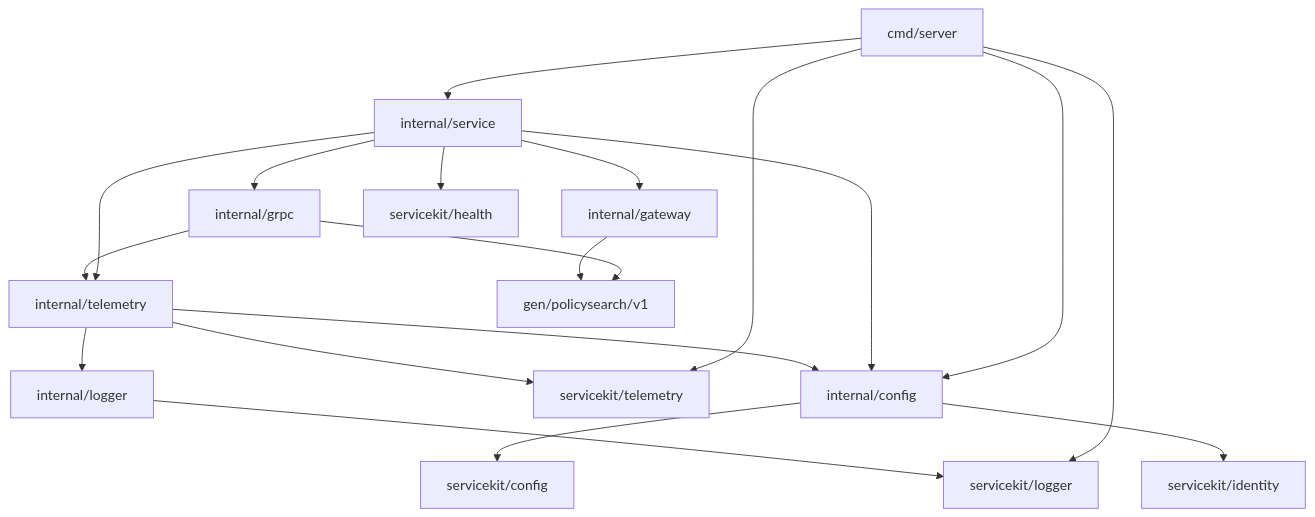
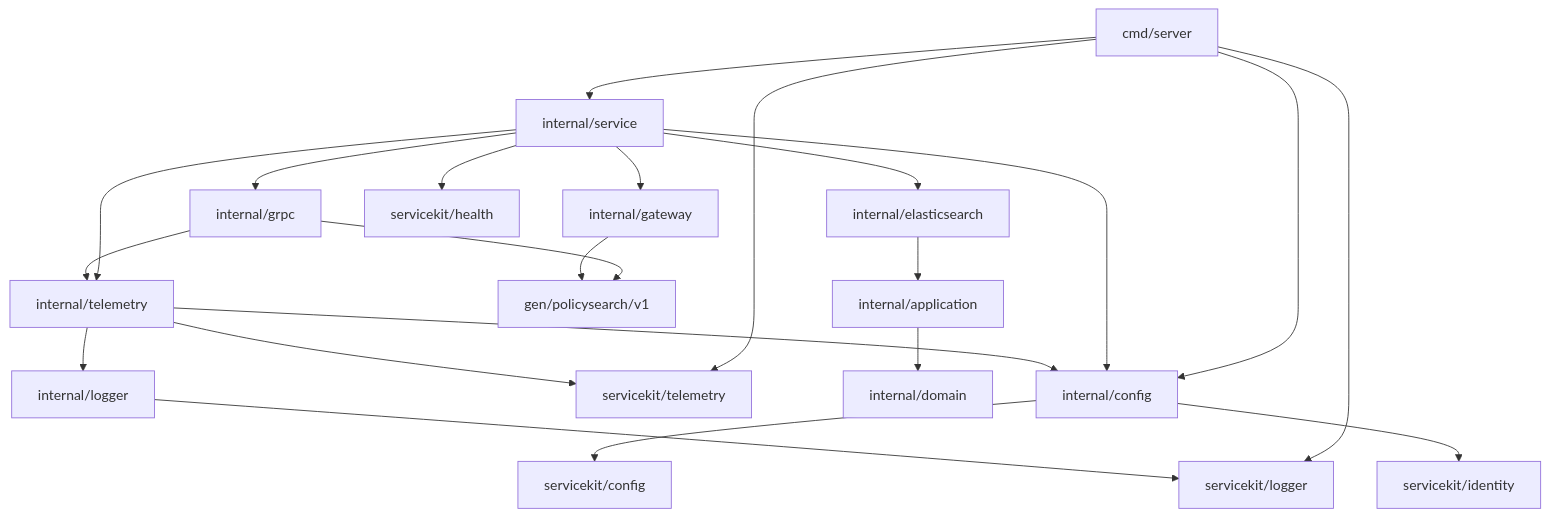
Before and after one commit to igor-baiborodine/insurance-hub: the diagram in services/policy-search-service/README.md, drawn with Mermaid. The commit also changed other lines of this file and 85 other files, not shown here.

````diff
--- a/services/policy-search-service/README.md
+++ b/services/policy-search-service/README.md
@@ -416,21 +458,24 @@
 ```mermaid
 flowchart TD
     entry["cmd/server"] --> composition["internal/service"]
     entry --> config["internal/config"]
     entry --> sharedLogger["servicekit/logger"]
     entry --> sharedTelemetry["servicekit/telemetry"]
     composition --> grpc["internal/grpc"]
     composition --> gateway["internal/gateway"]
     composition --> health["servicekit/health"]
     composition --> telemetry["internal/telemetry"]
+    composition --> searchAdapter["internal/elasticsearch"]
     composition --> config
     grpc --> telemetry
     grpc --> generated["gen/policysearch/v1"]
     gateway --> generated
+    searchAdapter --> application["internal/application"]
+    application --> domain["internal/domain"]
     telemetry --> config
     telemetry --> logger["internal/logger"]
     telemetry --> sharedTelemetry
     logger --> sharedLogger
     config --> sharedConfig["servicekit/config"]
     config --> sharedIdentity["servicekit/identity"]
 ```
````
